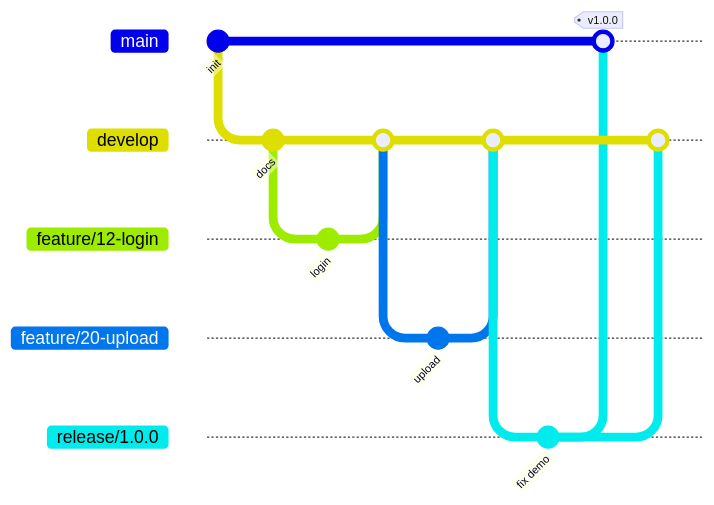
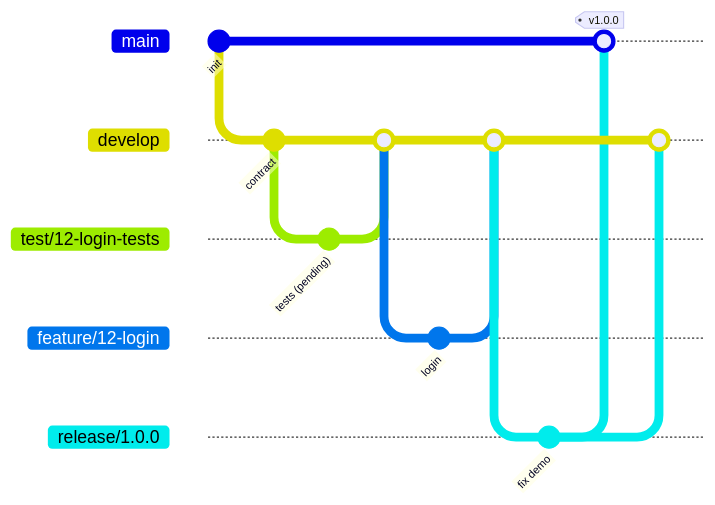
Before and after one commit to DistributedFileSystem/centralized-distributed-file-systems: the diagram in CONTRIBUTING.md, drawn with Mermaid. The commit also changed other lines of this file and 6 other files, not shown here.

````diff
--- a/CONTRIBUTING.md
+++ b/CONTRIBUTING.md
@@ -15,24 +28,24 @@
 ```mermaid
 gitGraph
   commit id: "init"
   branch develop
   checkout develop
-  commit id: "docs"
+  commit id: "contract"
+  branch test/12-login-tests
+  checkout test/12-login-tests
+  commit id: "tests (pending)"
+  checkout develop
+  merge test/12-login-tests
   branch feature/12-login
   checkout feature/12-login
   commit id: "login"
   checkout develop
   merge feature/12-login
-  branch feature/20-upload
-  checkout feature/20-upload
-  commit id: "upload"
-  checkout develop
-  merge feature/20-upload
   branch release/1.0.0
   checkout release/1.0.0
   commit id: "fix demo"
   checkout main
   merge release/1.0.0 tag: "v1.0.0"
   checkout develop
   merge release/1.0.0
 ```
````
